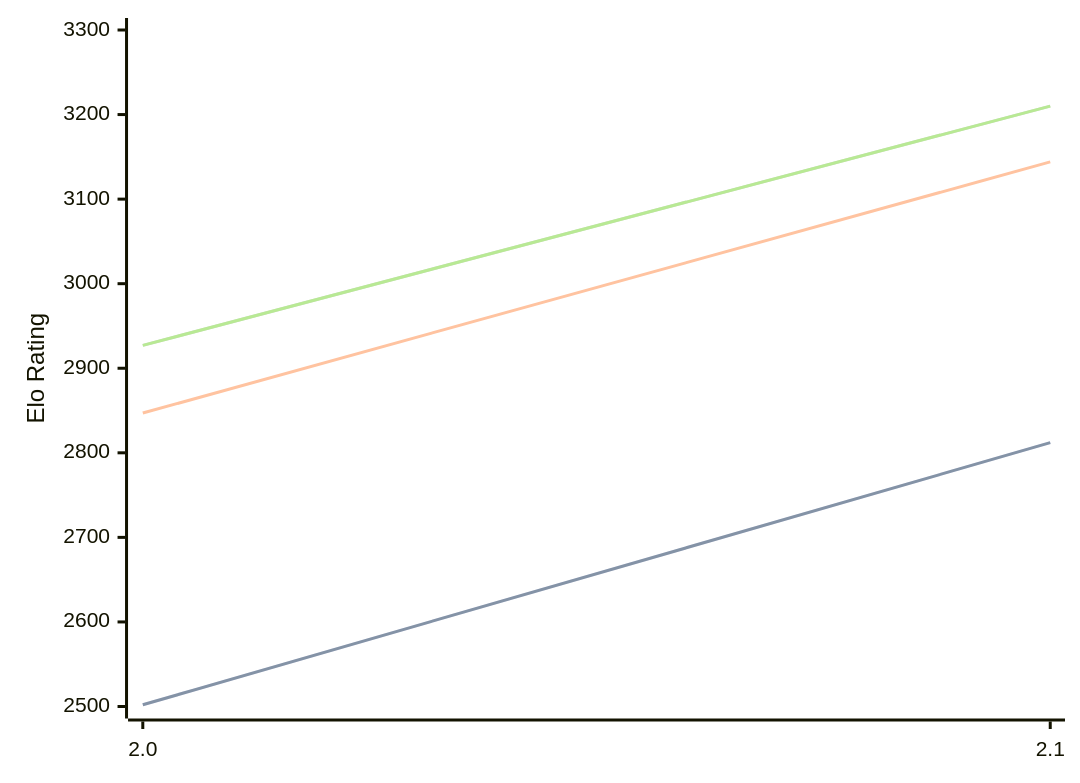
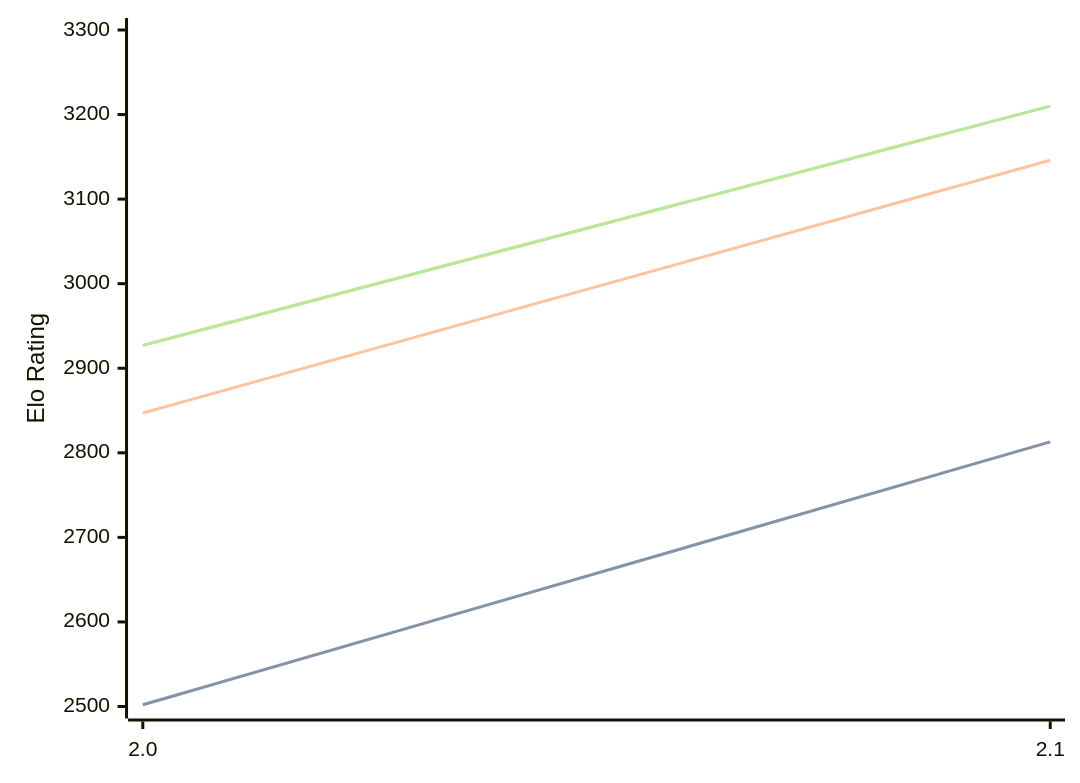
The diagram in engines/Tunguska.md (computer-chess-index/cci), drawn with Mermaid before and after one commit. The commit also changed other lines of this file, not shown here.

````diff
--- a/engines/Tunguska.md
+++ b/engines/Tunguska.md
@@ -32,11 +32,11 @@
 ```mermaid
 %%{init: {"theme":"base","themeVariables":{"seriesColors:['#a3a3a3','#222221','#faa371']}}}%%
 xychart-beta
   x-axis ["2.0", "2.1"]
   y-axis "Elo Rating" 2500 --> 3300
-  line "STC (8.0+0.08s)" [2502, 2812]
-  line "STC (8.0+0.08s)" [2502, 2812]
-  line "LTC (60.0+0.60s)" [2847, 3144]
+  line "STC (8.0+0.08s)" [2502, 2813]
+  line "STC (8.0+0.08s)" [2502, 2813]
+  line "LTC (60.0+0.60s)" [2847, 3146]
   line "VLTC (2m24s+1.12s)" [2927, 3210]
   line "VLTC (2m24s+1.12s)" [2927, 3210]
 ```
````
